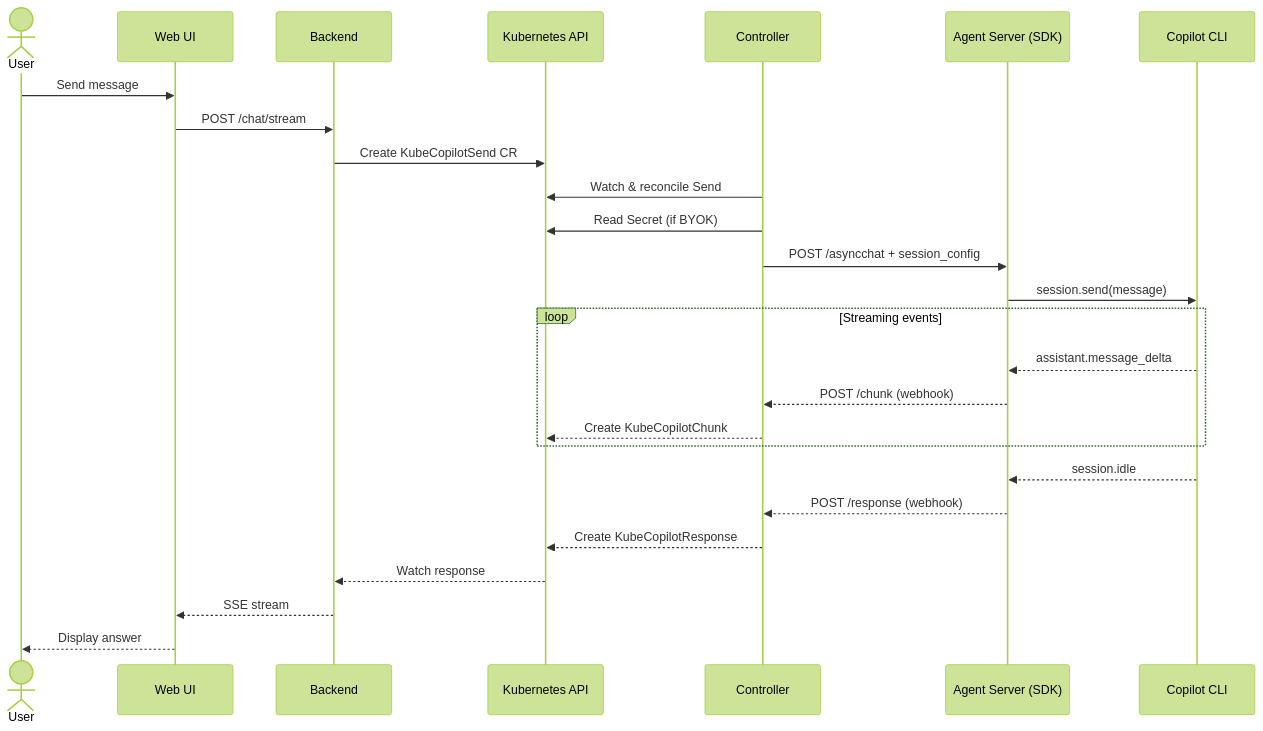
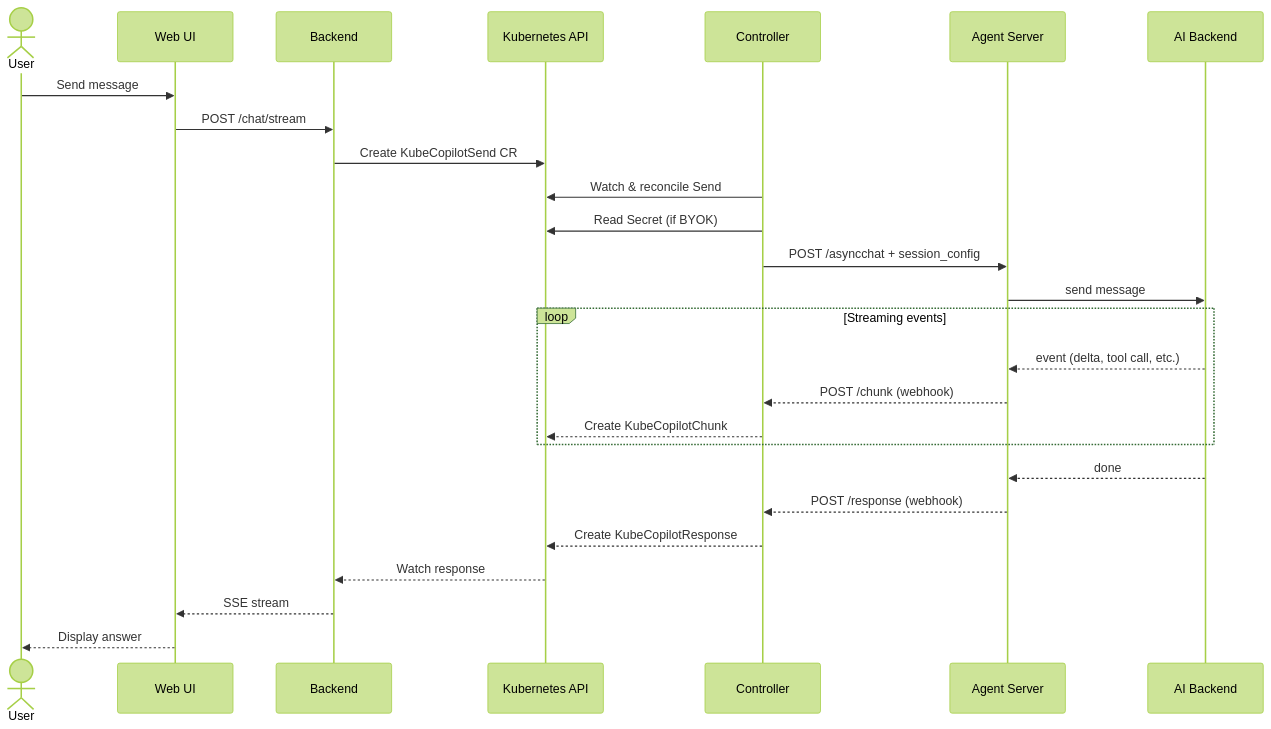
One commit to giofontana/kube-copilot-agent changed the second of 7 diagrams in README.md. Above: the diagram before and after it, drawn with Mermaid (forest theme). The commit also changed other lines of this file, not shown here.

````diff
--- a/README.md
+++ b/README.md
@@ -88,32 +163,32 @@
 ```mermaid
 sequenceDiagram
     actor User
     participant UI as Web UI
     participant BE as Backend
     participant K8s as Kubernetes API
     participant Ctrl as Controller
-    participant Agent as Agent Server (SDK)
-    participant CLI as Copilot CLI
+    participant Agent as Agent Server
+    participant Engine as AI Backend
 
     User->>UI: Send message
     UI->>BE: POST /chat/stream
     BE->>K8s: Create KubeCopilotSend CR
     Ctrl->>K8s: Watch & reconcile Send
     Ctrl->>K8s: Read Secret (if BYOK)
     Ctrl->>Agent: POST /asyncchat + session_config
 
-    Agent->>CLI: session.send(message)
+    Agent->>Engine: send message
 
     loop Streaming events
-        CLI-->>Agent: assistant.message_delta
+        Engine-->>Agent: event (delta, tool call, etc.)
         Agent-->>Ctrl: POST /chunk (webhook)
         Ctrl-->>K8s: Create KubeCopilotChunk
     end
 
-    CLI-->>Agent: session.idle
+    Engine-->>Agent: done
     Agent-->>Ctrl: POST /response (webhook)
     Ctrl-->>K8s: Create KubeCopilotResponse
     K8s-->>BE: Watch response
     BE-->>UI: SSE stream
     UI-->>User: Display answer
 ```
````
